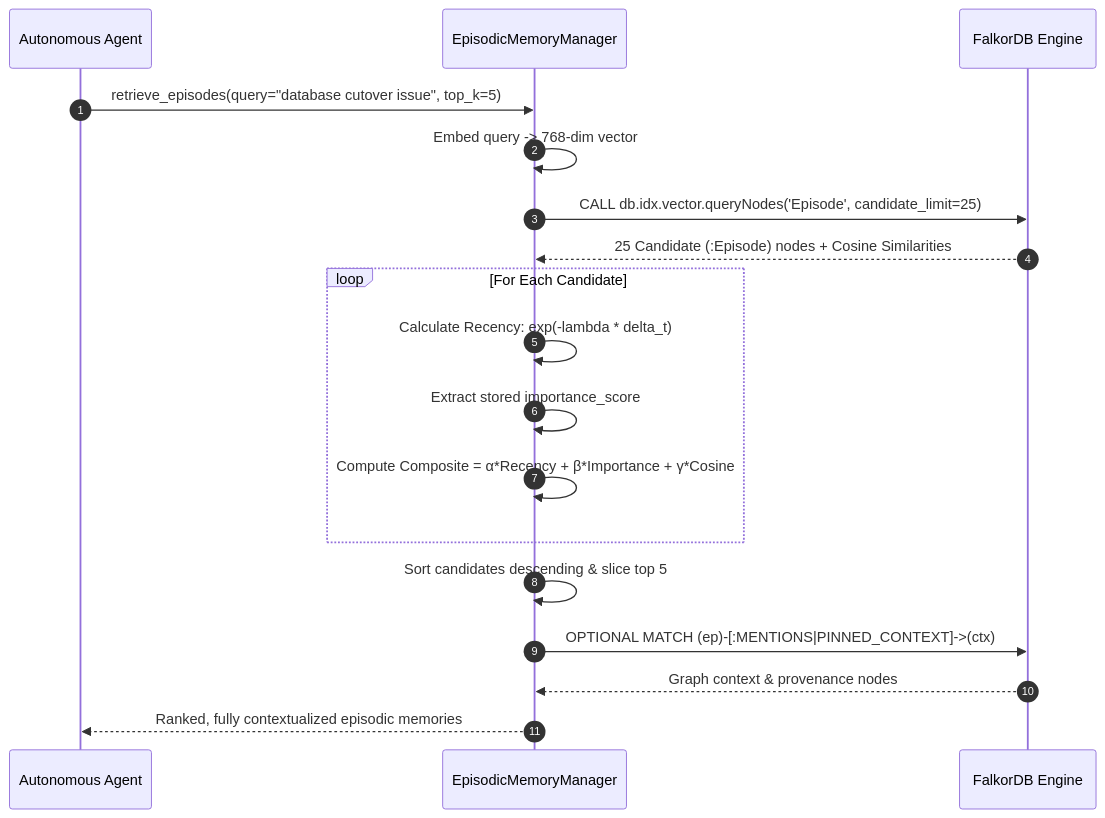
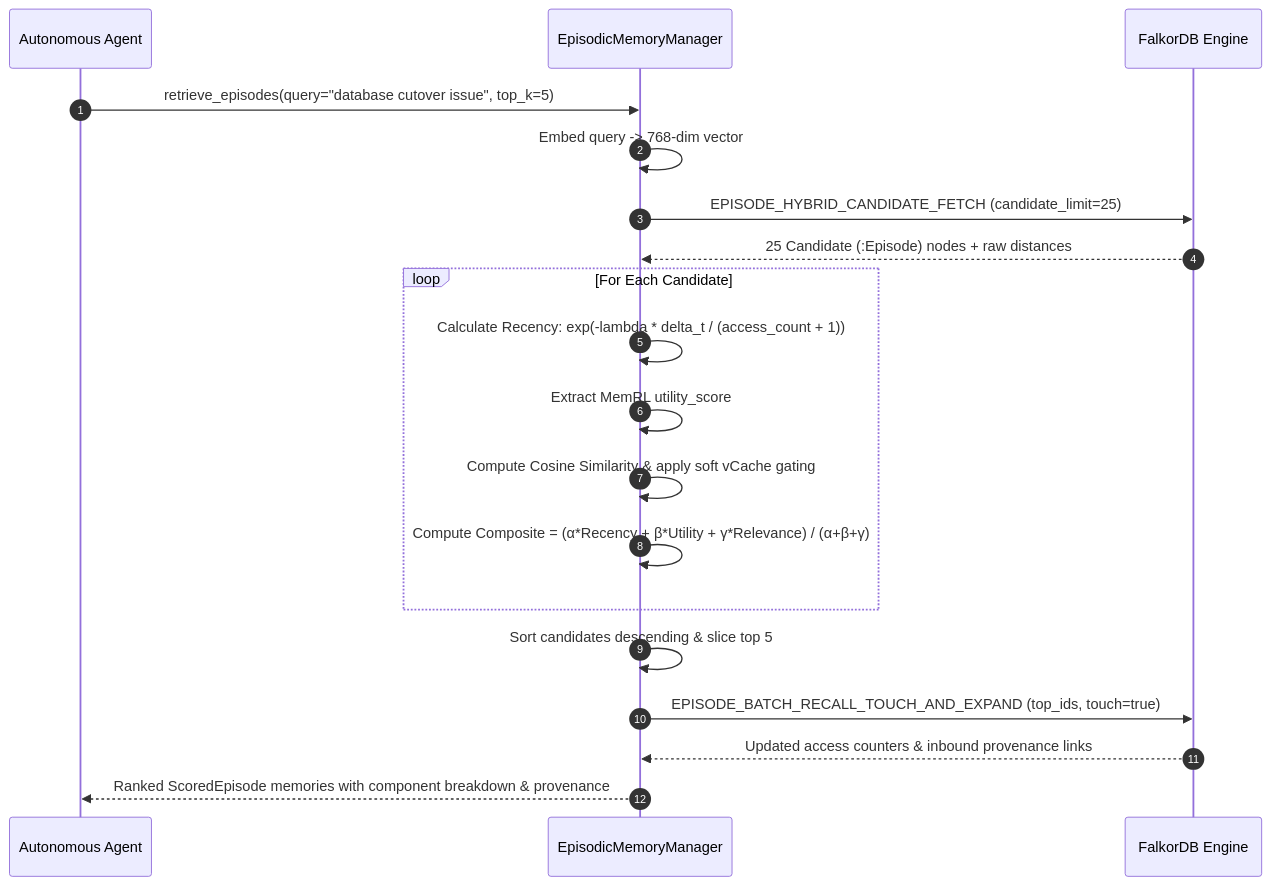
The fourth of 5 diagrams in docs/EPISODIC_MEMORY_PLAN.md (RitwikGupta-0501/agentic-memory), drawn with Mermaid before and after one commit. The commit also changed other lines of this file and 1 other file, not shown here.

````diff
--- a/docs/EPISODIC_MEMORY_PLAN.md
+++ b/docs/EPISODIC_MEMORY_PLAN.md
@@ -357,21 +382,22 @@
 ```mermaid
 sequenceDiagram
     autonumber
     participant Agent as Autonomous Agent
     participant Manager as EpisodicMemoryManager
     participant Falkor as FalkorDB Engine
 
     Agent->>Manager: retrieve_episodes(query="database cutover issue", top_k=5)
     Manager->>Manager: Embed query -> 768-dim vector
-    Manager->>Falkor: CALL db.idx.vector.queryNodes('Episode', candidate_limit=25)
-    Falkor-->>Manager: 25 Candidate (:Episode) nodes + Cosine Similarities
+    Manager->>Falkor: EPISODE_HYBRID_CANDIDATE_FETCH (candidate_limit=25)
+    Falkor-->>Manager: 25 Candidate (:Episode) nodes + raw distances
     loop For Each Candidate
-        Manager->>Manager: Calculate Recency: exp(-lambda * delta_t)
-        Manager->>Manager: Extract stored importance_score
-        Manager->>Manager: Compute Composite = α*Recency + β*Importance + γ*Cosine
+        Manager->>Manager: Calculate Recency: exp(-lambda * delta_t / (access_count + 1))
+        Manager->>Manager: Extract MemRL utility_score
+        Manager->>Manager: Compute Cosine Similarity & apply soft vCache gating
+        Manager->>Manager: Compute Composite = (α*Recency + β*Utility + γ*Relevance) / (α+β+γ)
     end
     Manager->>Manager: Sort candidates descending & slice top 5
-    Manager->>Falkor: OPTIONAL MATCH (ep)-[:MENTIONS|PINNED_CONTEXT]->(ctx)
-    Falkor-->>Manager: Graph context & provenance nodes
-    Manager-->>Agent: Ranked, fully contextualized episodic memories
+    Manager->>Falkor: EPISODE_BATCH_RECALL_TOUCH_AND_EXPAND (top_ids, touch=true)
+    Falkor-->>Manager: Updated access counters & inbound provenance links
+    Manager-->>Agent: Ranked ScoredEpisode memories with component breakdown & provenance
 ```
````
